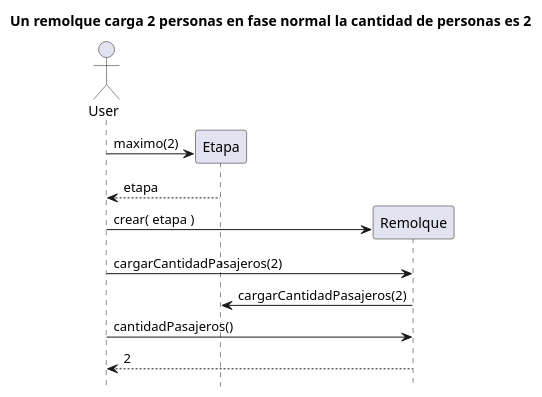
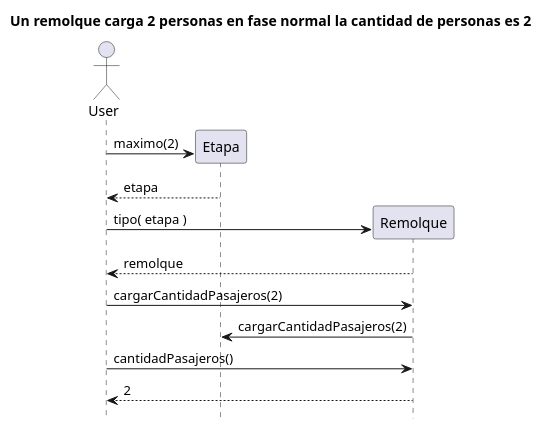
Before and after one commit to fiuba/algo3_resolucion_parcial_20201201: the diagram in diagrams/diagra_secuencia_caga_fase_normal_menos_que_maximo.plantuml, drawn with PlantUML. The commit also changed 1 other file, not shown here.

Commit message:
Diagrams updated

```diff
--- a/diagrams/diagra_secuencia_caga_fase_normal_menos_que_maximo.plantuml
+++ b/diagrams/diagra_secuencia_caga_fase_normal_menos_que_maximo.plantuml
@@ -1,16 +1,17 @@
 @startuml
 
 hide footbox
 title Un remolque carga 2 personas en fase normal la cantidad de personas es 2
 
 actor User
 
 User -> Etapa **: maximo(2)
 return etapa
-User -> Remolque **: crear( etapa )
+User -> Remolque **: tipo( etapa )
+return remolque
 User -> Remolque: cargarCantidadPasajeros(2)
 Remolque -> Etapa: cargarCantidadPasajeros(2)
 User -> Remolque: cantidadPasajeros()
 return 2
 
 @enduml
```
